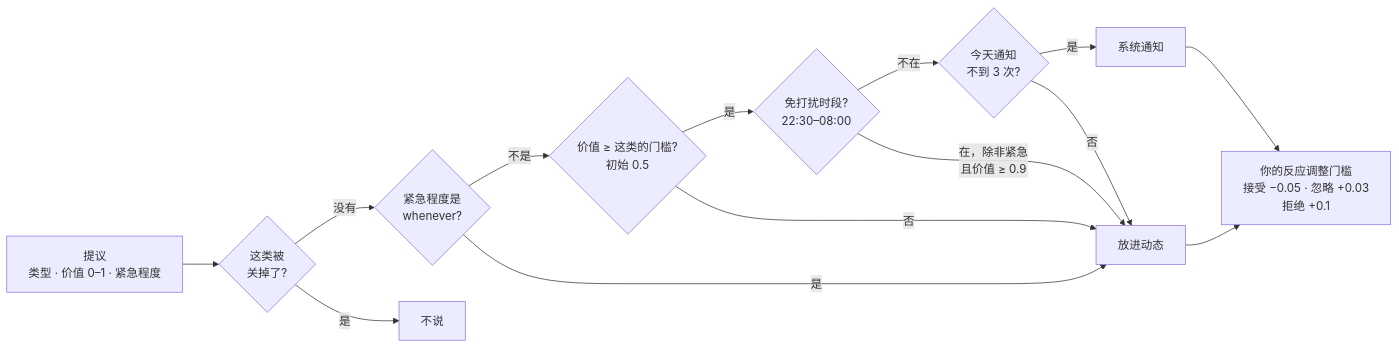
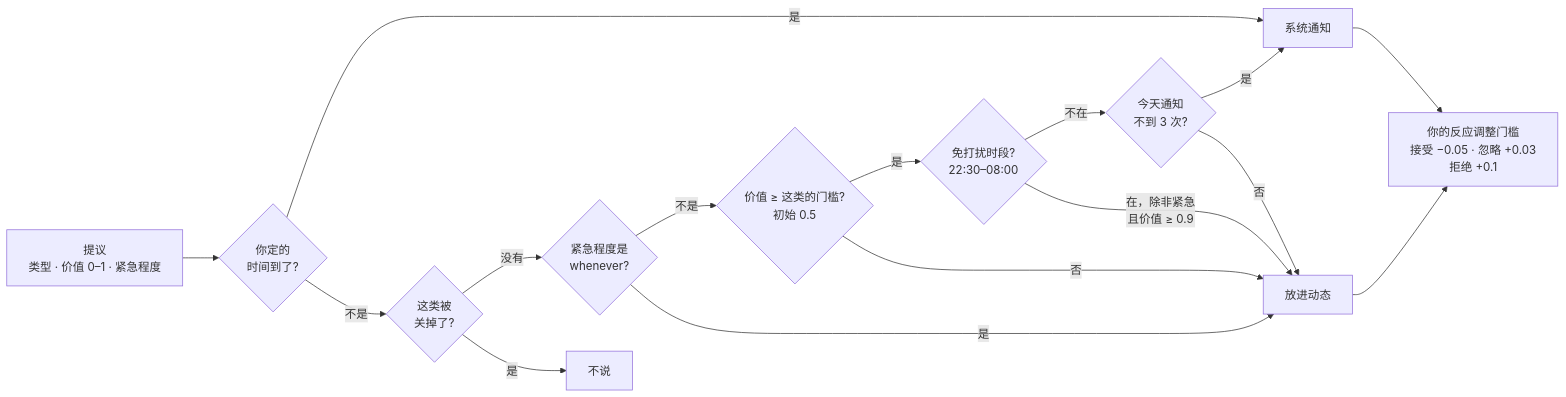
Before and after one commit to lycenxx/moqi: the second of 2 diagrams in README.zh-CN.md, drawn with Mermaid. The commit also changed other lines of this file and 8 other files, not shown here.

````diff
--- a/README.zh-CN.md
+++ b/README.zh-CN.md
@@ -50,16 +51,18 @@
 ```mermaid
 flowchart LR
-  o["提议<br/>类型 · 价值 0–1 · 紧急程度"] --> m{这类被<br/>关掉了?}
+  o["提议<br/>类型 · 价值 0–1 · 紧急程度"] --> u{"你定的<br/>时间到了?"}
+  u -->|是| n[系统通知]
+  u -->|不是| m{这类被<br/>关掉了?}
   m -->|没有| w{"紧急程度是<br/>whenever?"}
   w -->|不是| t{"价值 ≥ 这类的门槛?<br/>初始 0.5"}
   t -->|是| q{"免打扰时段?<br/>22:30–08:00"}
   q -->|不在| b{"今天通知<br/>不到 3 次?"}
-  b -->|是| n[系统通知]
+  b -->|是| n
   m -->|是| drop[不说]
   w -->|是| feed[放进动态]
   t -->|否| feed
   q -->|"在，除非紧急<br/>且价值 ≥ 0.9"| feed
   b -->|否| feed
   n --> r["你的反应调整门槛<br/>接受 −0.05 · 忽略 +0.03<br/>拒绝 +0.1"]
   feed --> r
 ```
````
